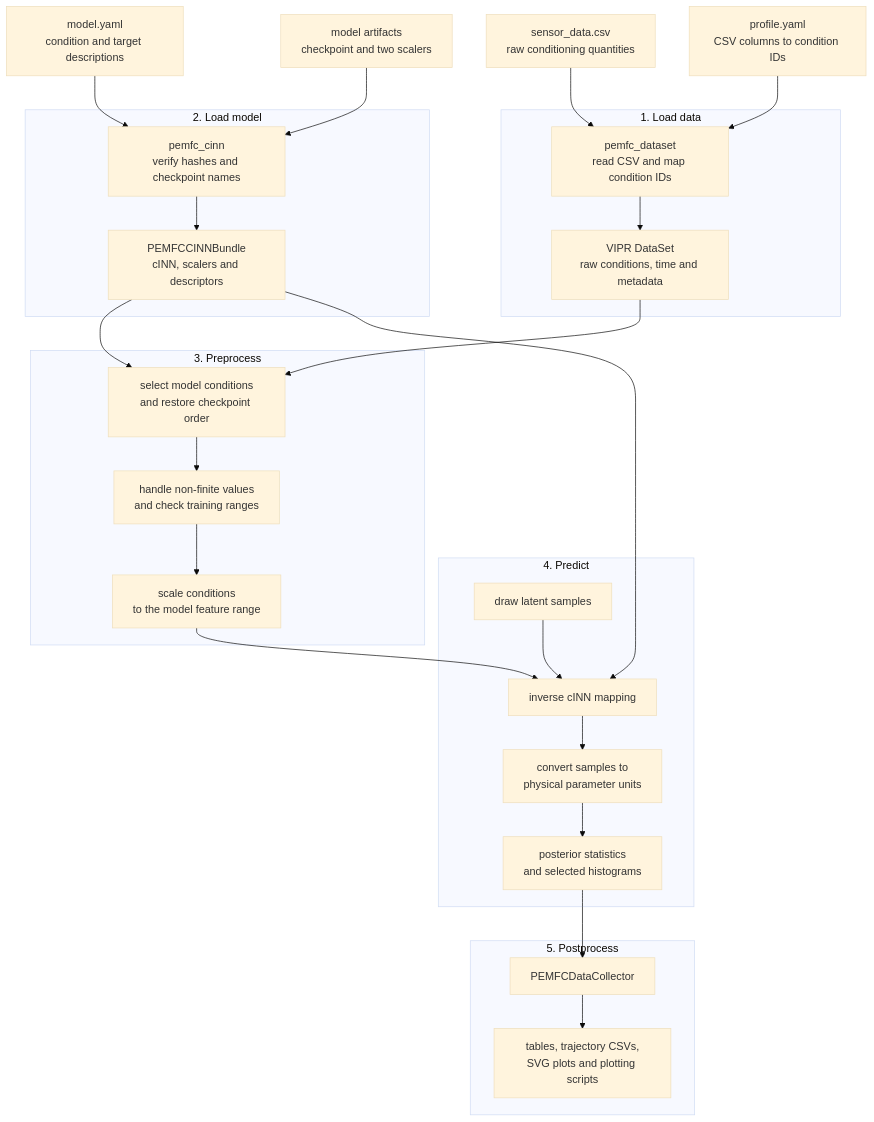
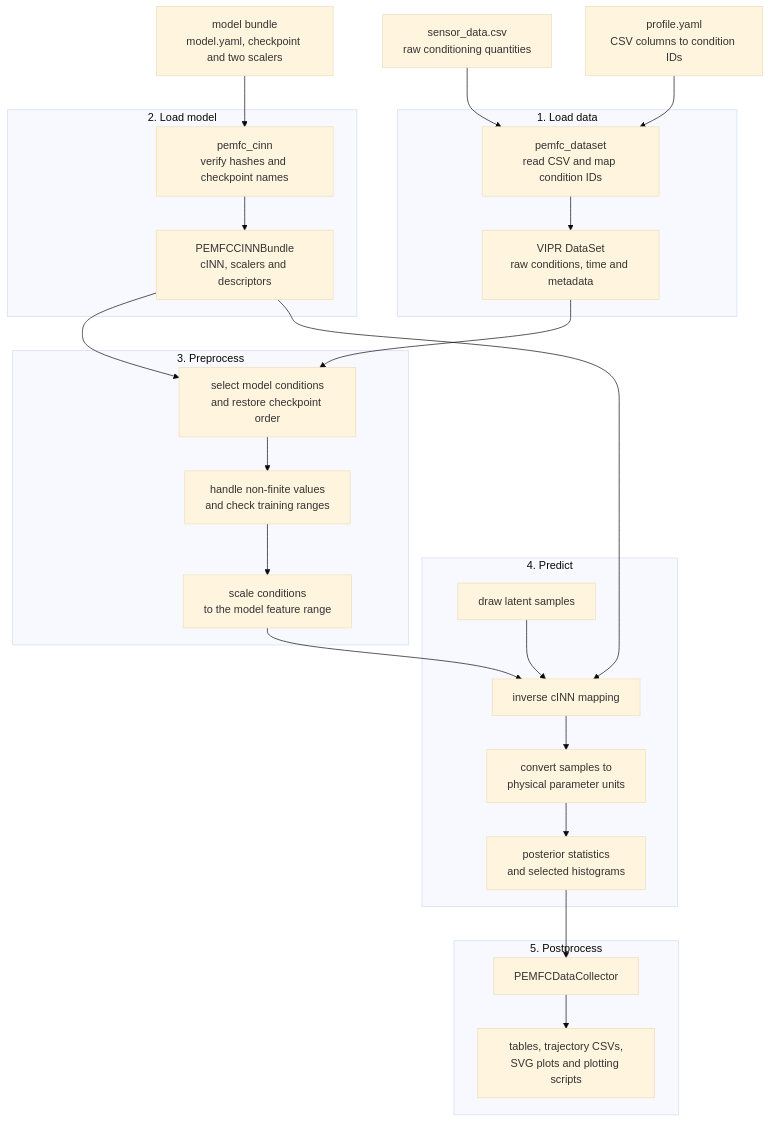
One commit to HW-IT-Solutions/vipr-fuel-cell-plugin changed the diagram in docs/architecture.md. Above: the diagram before and after it, drawn with Mermaid (base theme). The commit also changed 13 other files, not shown here.

````diff
--- a/docs/architecture.md
+++ b/docs/architecture.md
@@ -9,50 +9,48 @@
 ```mermaid
 flowchart TD
     SENSOR["sensor_data.csv<br/>raw conditioning quantities"]
     PROFILE["profile.yaml<br/>CSV columns to condition IDs"]
-    MANIFEST["model.yaml<br/>condition and target descriptions"]
-    ARTIFACTS["model artifacts<br/>checkpoint and two scalers"]
+    MODEL_DIR["model bundle<br/>model.yaml, checkpoint and two scalers"]
 
     subgraph LOAD_DATA["1. Load data"]
         DATA_LOADER["pemfc_dataset<br/>read CSV and map condition IDs"]
         DATASET["VIPR DataSet<br/>raw conditions, time and metadata"]
         DATA_LOADER --> DATASET
     end
 
     subgraph LOAD_MODEL["2. Load model"]
         MODEL_LOADER["pemfc_cinn<br/>verify hashes and checkpoint names"]
         BUNDLE["PEMFCCINNBundle<br/>cINN, scalers and descriptors"]
         MODEL_LOADER --> BUNDLE
     end
 
     subgraph PREPROCESS["3. Preprocess"]
         SELECT["select model conditions<br/>and restore checkpoint order"]
         VALIDATE["handle non-finite values<br/>and check training ranges"]
         SCALE["scale conditions<br/>to the model feature range"]
         SELECT --> VALIDATE --> SCALE
     end
 
     subgraph PREDICT["4. Predict"]
         LATENT["draw latent samples"]
         INVERT["inverse cINN mapping"]
         UNSCALE["convert samples to<br/>physical parameter units"]
         SUMMARIZE["posterior statistics<br/>and selected histograms"]
         LATENT --> INVERT --> UNSCALE --> SUMMARIZE
     end
 
     subgraph POSTPROCESS["5. Postprocess"]
         COLLECT["PEMFCDataCollector"]
         EXPORT["tables, trajectory CSVs,<br/>SVG plots and plotting scripts"]
         COLLECT --> EXPORT
     end
 
     SENSOR --> DATA_LOADER
     PROFILE --> DATA_LOADER
-    MANIFEST --> MODEL_LOADER
-    ARTIFACTS --> MODEL_LOADER
+    MODEL_DIR --> MODEL_LOADER
     DATASET --> SELECT
     BUNDLE --> SELECT
     SCALE --> INVERT
     BUNDLE --> INVERT
     SUMMARIZE --> COLLECT
 ```
````
